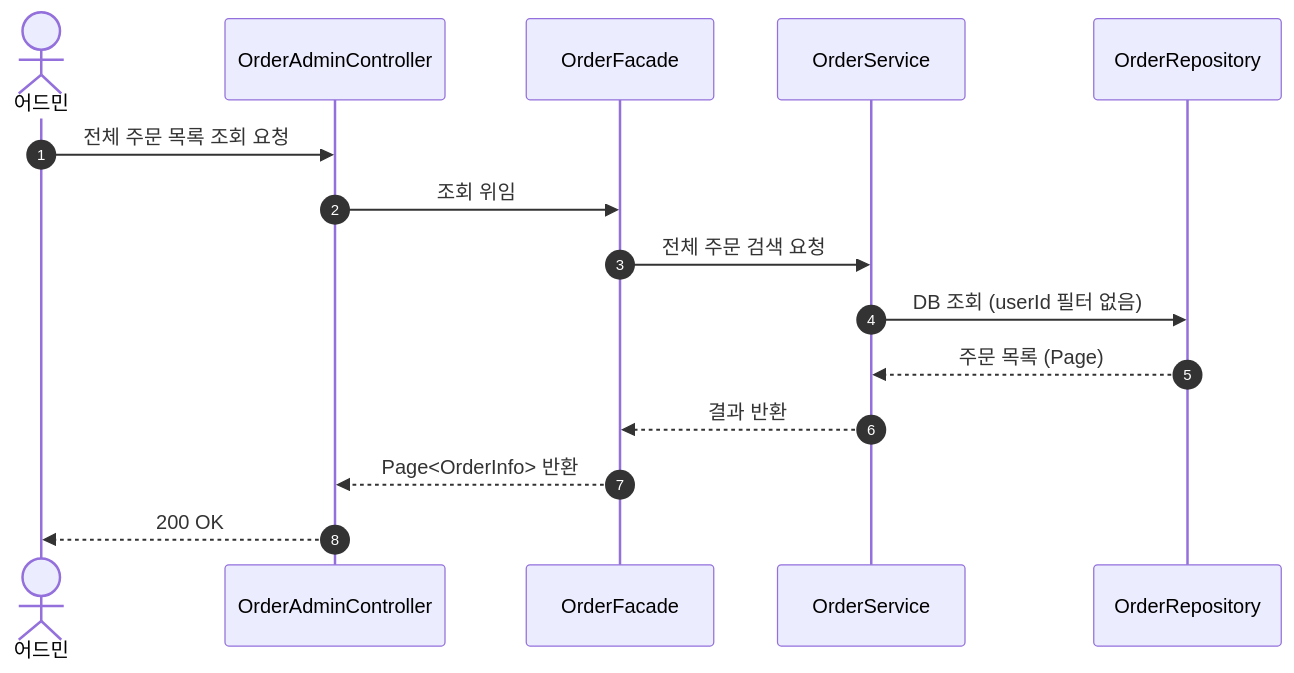
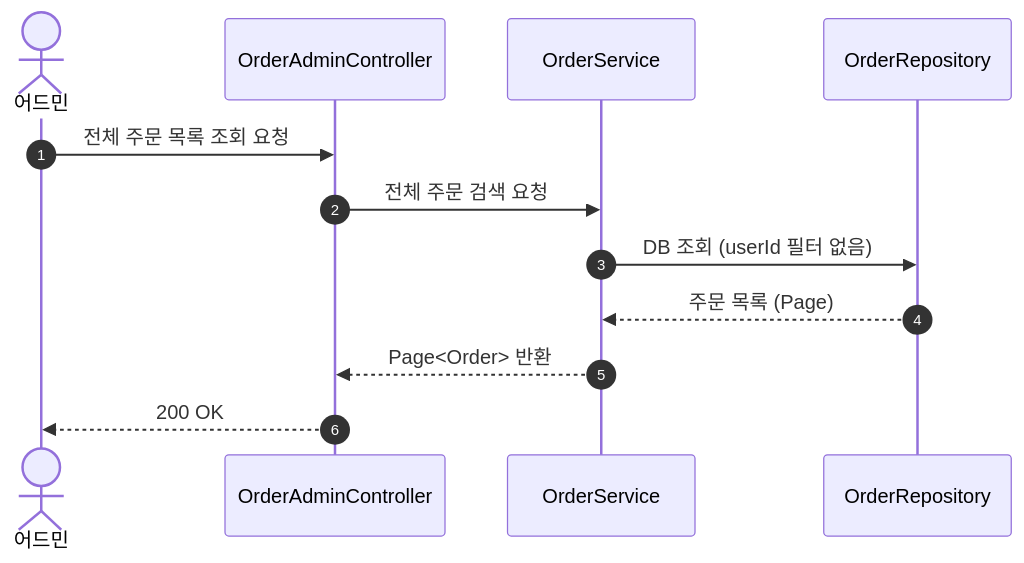
Diagram 20 of 21 in docs/design-v2/02-sequence-diagrams-v2.md (Loopers-dev-lab/loop-pack-be-l2-vol3-kotlin), drawn with Mermaid before and after one commit. The commit also changed other lines of this file and 6 other files, not shown here.

First line of the commit message:
docs: v2 설계 문서 2차 리뷰 반영 — 6건 이슈 해소, 플로우차트·마인드맵 추가

````diff
--- a/docs/design-v2/02-sequence-diagrams-v2.md
+++ b/docs/design-v2/02-sequence-diagrams-v2.md
@@ -607,17 +573,14 @@
 ```mermaid
 sequenceDiagram
     autonumber
     actor Admin as 어드민
     participant C as OrderAdminController
-    participant F as OrderFacade
     participant OS as OrderService
     participant R as OrderRepository
     Admin ->> C: 전체 주문 목록 조회 요청
-    C ->> F: 조회 위임
-    F ->> OS: 전체 주문 검색 요청
+    C ->> OS: 전체 주문 검색 요청
     OS ->> R: DB 조회 (userId 필터 없음)
     R -->> OS: 주문 목록 (Page)
-    OS -->> F: 결과 반환
-    F -->> C: Page<OrderInfo> 반환
+    OS -->> C: Page<Order> 반환
     C -->> Admin: 200 OK
 ```
````
